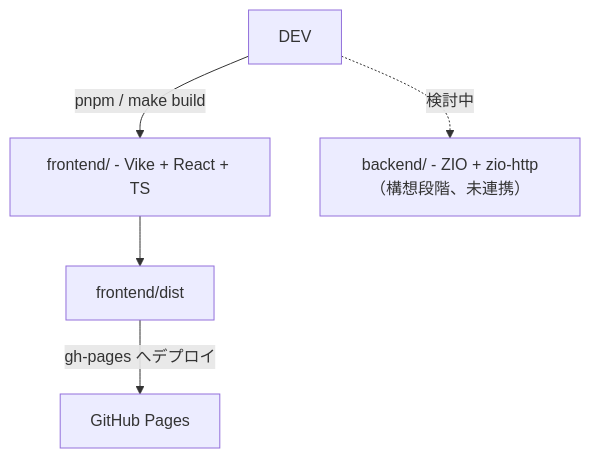
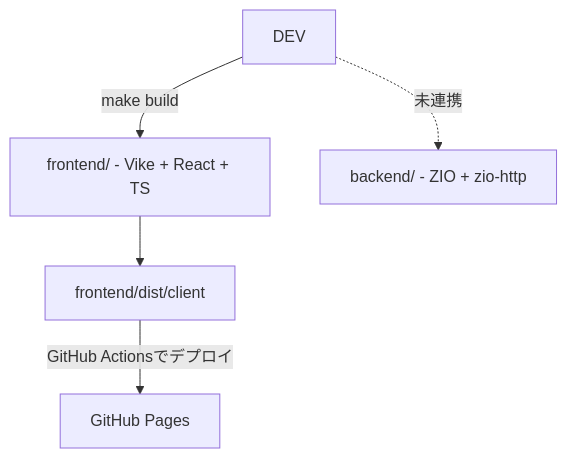
The diagram in README.md (ara-ta3/ara-ta3.github.io), drawn with Mermaid before and after one commit. The commit also changed other lines of this file and 7 other files, not shown here.

````diff
--- a/README.md
+++ b/README.md
@@ -14,7 +14,7 @@
 ```mermaid
 graph TD
-  Dev[DEV] -->|pnpm / make build| FE[frontend/ - Vike + React + TS]
-  FE --> Dist[frontend/dist]
-  Dist -->|gh-pages へデプロイ| Pages[GitHub Pages]
-  Dev -.->|検討中| BE[backend/ - ZIO + zio-http（構想段階、未連携）]
+  Dev[DEV] -->|make build| FE[frontend/ - Vike + React + TS]
+  FE --> Dist[frontend/dist/client]
+  Dist -->|GitHub Actionsでデプロイ| Pages[GitHub Pages]
+  Dev -.->|未連携| BE[backend/ - ZIO + zio-http]
 ```
````
